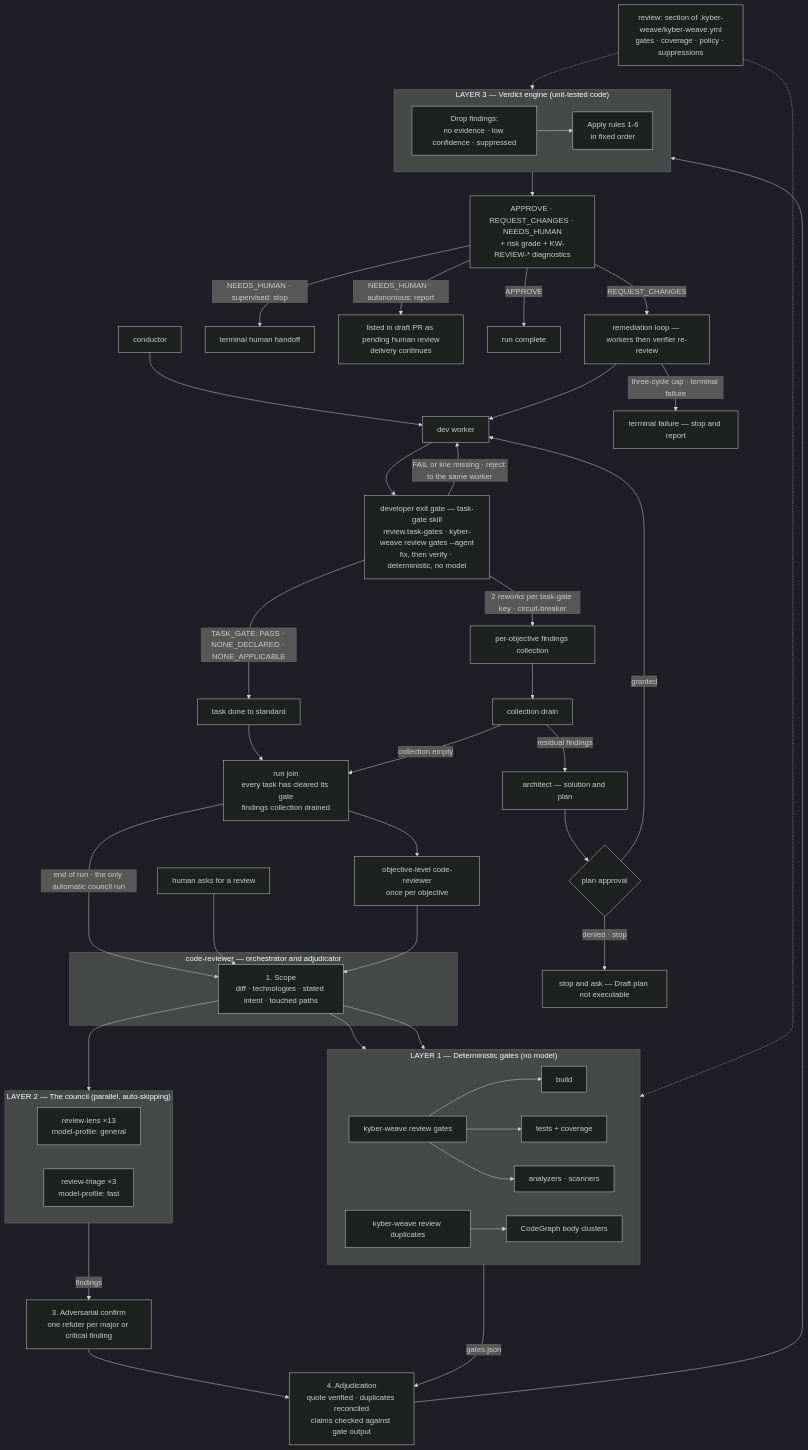
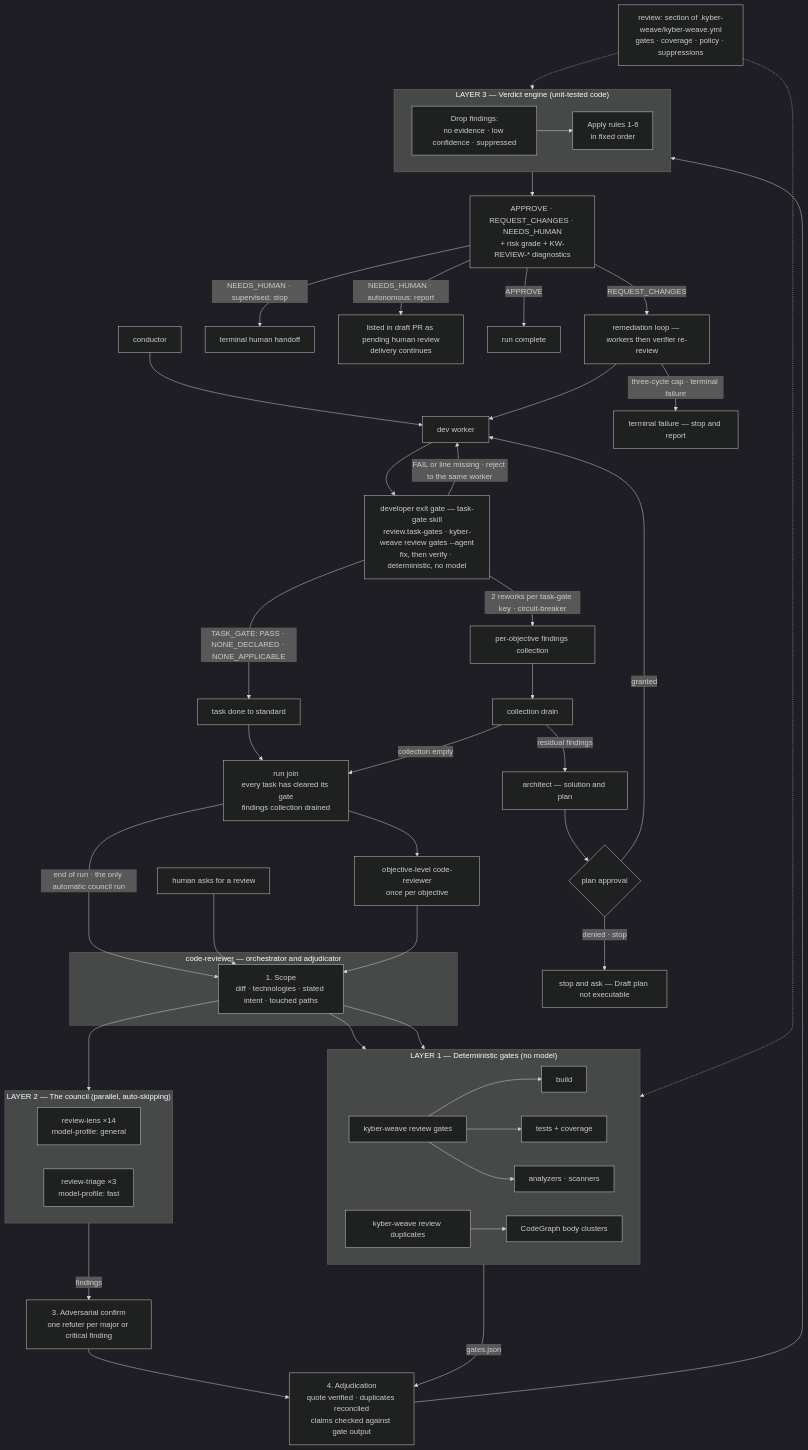
Before and after one commit to dpalfery/kyber-weave: the first of 5 diagrams in docs/code-review/architecture.md, drawn with Mermaid (dark theme). The commit also changed other lines of this file and 9 other files, not shown here.

First line of the commit message:
feat(review): add documentation-accuracy council lens

````diff
--- a/docs/code-review/architecture.md
+++ b/docs/code-review/architecture.md
@@ -47,64 +47,64 @@
 ```mermaid
 flowchart TD
     Cfg["review: section of .kyber-weave/kyber-weave.yml<br/>gates · coverage · policy · suppressions"]
     Gate["developer exit gate — task-gate skill<br/>review.task-gates · kyber-weave review gates --agent<br/>fix, then verify · deterministic, no model"]
     Caller["conductor"] --> Worker["dev worker"]
     Worker --> Gate
     Gate -->|"TASK_GATE: PASS · NONE_DECLARED · NONE_APPLICABLE"| TaskDone["task done to standard"]
     Gate -->|"FAIL or line missing · reject to the same worker"| Worker
     Gate -->|"2 reworks per task-gate key · circuit-breaker"| Findings["per-objective findings collection"]
     TaskDone --> Join["run join<br/>every task has cleared its gate<br/>findings collection drained"]
     Findings --> Drain["collection drain"]
     Drain -->|"residual findings"| Architect["architect — solution and plan"]
     Architect --> Approval{"plan approval"}
     Approval -->|"granted"| Worker
     Approval -->|"denied · stop"| PlanDenied["stop and ask — Draft plan not executable"]
     Drain -->|"collection empty"| Join
     Join -->|"end of run · the only automatic council run"| Scope
     HumanAsk["human asks for a review"] --> Scope
 
     subgraph CR["code-reviewer — orchestrator and adjudicator"]
         Scope["1. Scope<br/>diff · technologies · stated intent · touched paths"]
     end
 
     Scope --> GR
     Scope --> DG
     Scope --> Council
 
     subgraph Gates["LAYER 1 — Deterministic gates (no model)"]
         direction LR
         GR["kyber-weave review gates"] --> G1["build"] & G2["tests + coverage"] & G3["analyzers · scanners"]
         DG["kyber-weave review duplicates"] --> G4["CodeGraph body clusters"]
     end
 
     subgraph Council["LAYER 2 — The council (parallel, auto-skipping)"]
         direction LR
-        RL["review-lens ×13<br/>model-profile: general"]
+        RL["review-lens ×14<br/>model-profile: general"]
         RT["review-triage ×3<br/>model-profile: fast"]
     end
 
     Council -->|"findings"| Confirm["3. Adversarial confirm<br/>one refuter per major or critical finding"]
     Confirm --> Adjudicate
     Gates -->|"gates.json"| Adjudicate
 
     Adjudicate["4. Adjudication<br/>quote verified · duplicates reconciled<br/>claims checked against gate output"] --> VE
 
     subgraph VE["LAYER 3 — Verdict engine (unit-tested code)"]
         direction LR
         Drop["Drop findings:<br/>no evidence · low confidence · suppressed"] --> Rules["Apply rules 1-6<br/>in fixed order"]
     end
 
     VE --> Out["APPROVE · REQUEST_CHANGES · NEEDS_HUMAN<br/>+ risk grade + KW-REVIEW-* diagnostics"]
 
     Out -->|"NEEDS_HUMAN · supervised: stop"| Human["terminal human handoff"]
     Out -->|"NEEDS_HUMAN · autonomous: report"| PendingReview["listed in draft PR as pending human review<br/>delivery continues"]
     Out -->|"APPROVE"| RunComplete["run complete"]
     Out -->|"REQUEST_CHANGES"| ObjRemed["remediation loop — workers then verifier re-review"]
     ObjRemed --> Worker
     ObjRemed -->|"three-cycle cap · terminal failure"| ObjFailed["terminal failure — stop and report"]
     Join --> ObjReview["objective-level code-reviewer<br/>once per objective"]
     ObjReview --> Scope
 
     Cfg -.-> Gates
     Cfg -.-> VE
 ```
````
